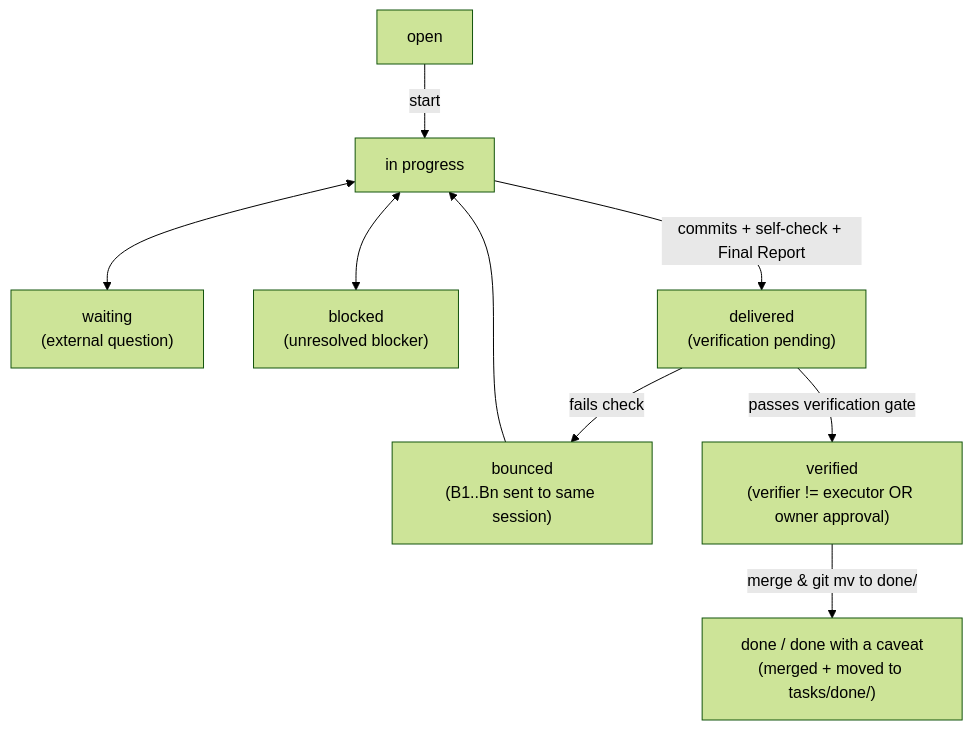
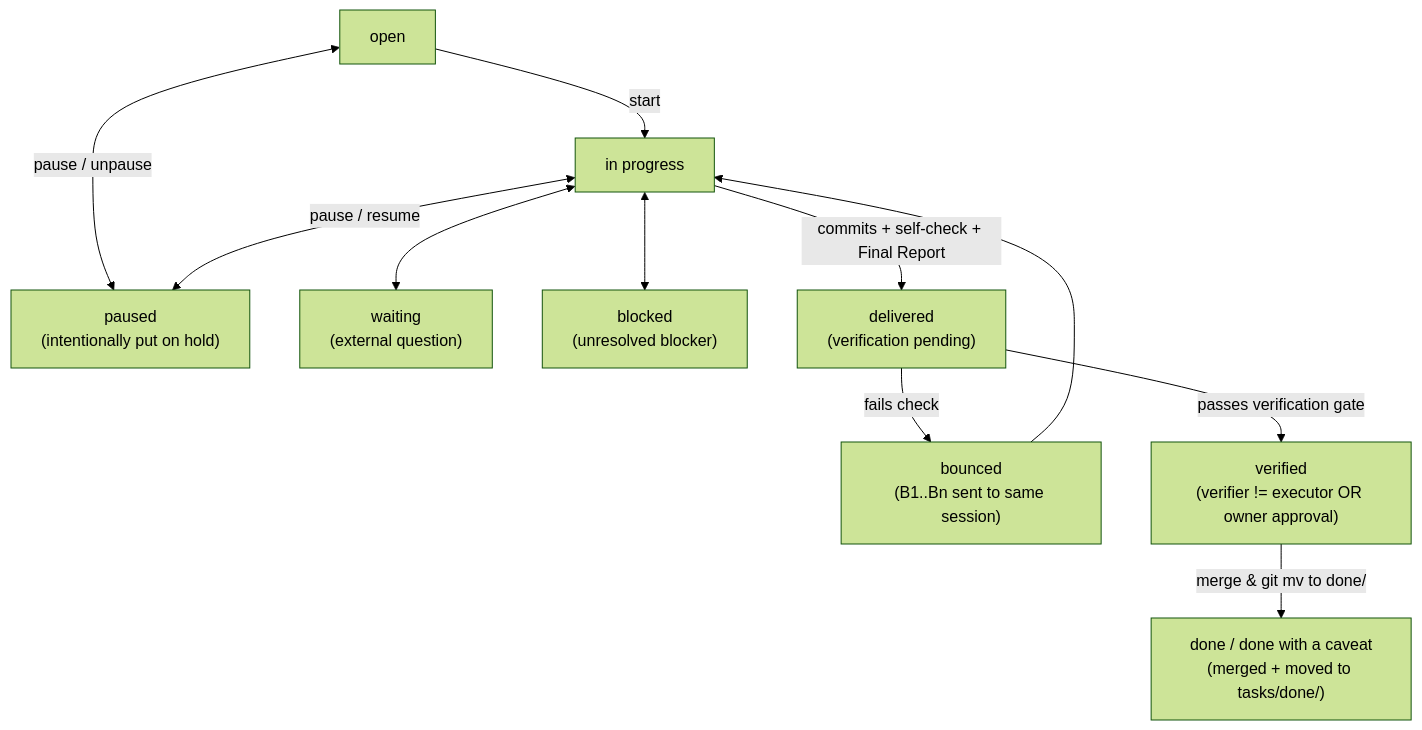
One commit to primax79/ai-orchestration changed the diagram in tasks/specs/task-and-state-model.md. Above: the diagram before and after it, drawn with Mermaid (forest theme). The commit also changed 2 other files, not shown here.

Commit message:
feat(state): add canonical paused state and legal transitions

````diff
--- a/tasks/specs/task-and-state-model.md
+++ b/tasks/specs/task-and-state-model.md
@@ -74,20 +74,23 @@
 ```mermaid
 flowchart TB
     OPEN["open"]
     INPROG["in progress"]
+    PAUSED["paused<br/>(intentionally put on hold)"]
     WAIT["waiting<br/>(external question)"]
     BLOCK["blocked<br/>(unresolved blocker)"]
     DELIV["delivered<br/>(verification pending)"]
     BOUNCE["bounced<br/>(B1..Bn sent to same session)"]
     VERIF["verified<br/>(verifier != executor OR owner approval)"]
     DONE["done / done with a caveat<br/>(merged + moved to tasks/done/)"]
 
     OPEN -->|"start"| INPROG
+    OPEN <-->|"pause / unpause"| PAUSED
+    INPROG <-->|"pause / resume"| PAUSED
     INPROG <--> WAIT
     INPROG <--> BLOCK
     INPROG -->|"commits + self-check + Final Report"| DELIV
     DELIV -->|"fails check"| BOUNCE
     BOUNCE --> INPROG
     DELIV -->|"passes verification gate"| VERIF
     VERIF -->|"merge & git mv to done/"| DONE
 ```
````
